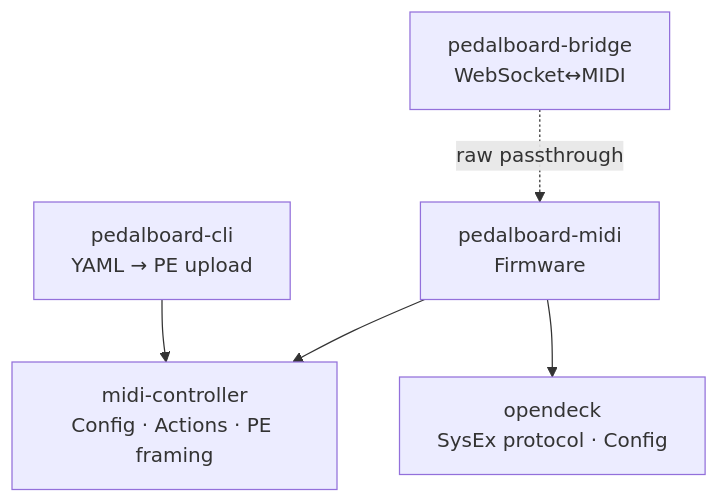
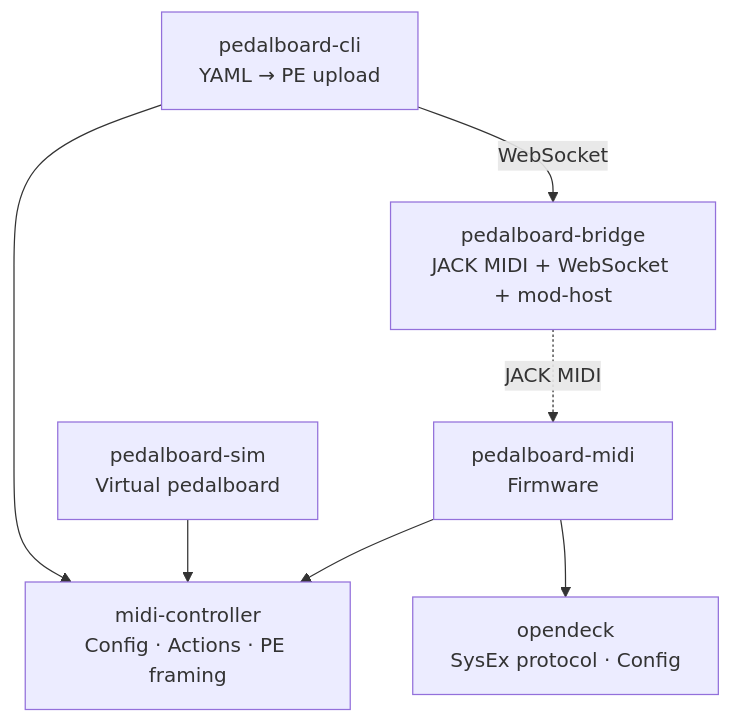
One commit to pedalboard/.github changed the fourth of 4 diagrams in docs/software-architecture.md. Above: the diagram before and after it, drawn with Mermaid. The commit also changed other lines of this file, not shown here.

First line of the commit message:
docs: update software architecture for JACK MIDI routing

````diff
--- a/docs/software-architecture.md
+++ b/docs/software-architecture.md
@@ -78,14 +132,17 @@
 ```mermaid
 graph TD
     PROTOCOL[midi-controller<br/>Config · Actions · PE framing]
     OPENDECK[opendeck<br/>SysEx protocol · Config]
     
     MIDI_FW[pedalboard-midi<br/>Firmware]
     CLI_APP[pedalboard-cli<br/>YAML → PE upload]
-    BRIDGE_APP[pedalboard-bridge<br/>WebSocket↔MIDI]
+    SIM_APP[pedalboard-sim<br/>Virtual pedalboard]
+    BRIDGE_APP[pedalboard-bridge<br/>JACK MIDI + WebSocket + mod-host]
 
     MIDI_FW --> PROTOCOL
     MIDI_FW --> OPENDECK
     CLI_APP --> PROTOCOL
-    BRIDGE_APP -.->|raw passthrough| MIDI_FW
+    SIM_APP --> PROTOCOL
+    BRIDGE_APP -.->|JACK MIDI| MIDI_FW
+    CLI_APP -->|WebSocket| BRIDGE_APP
 ```
````
